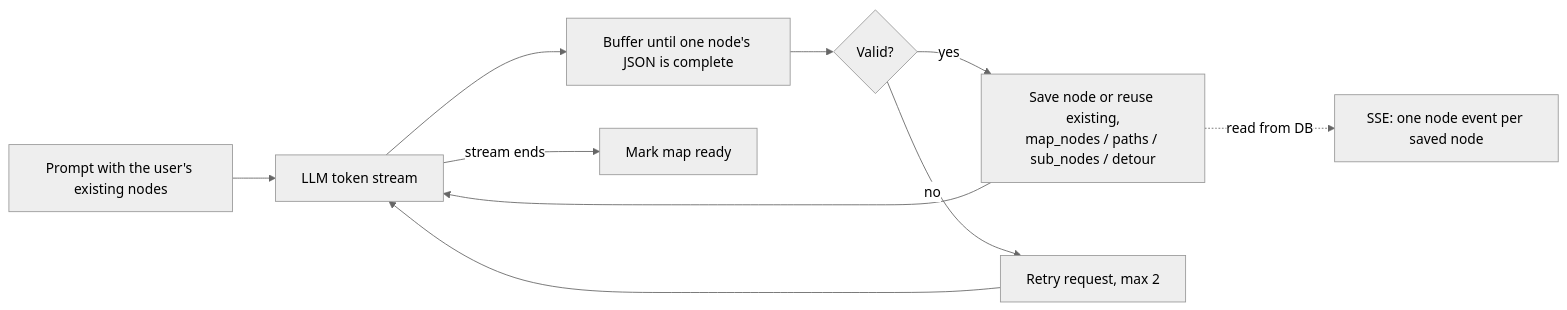
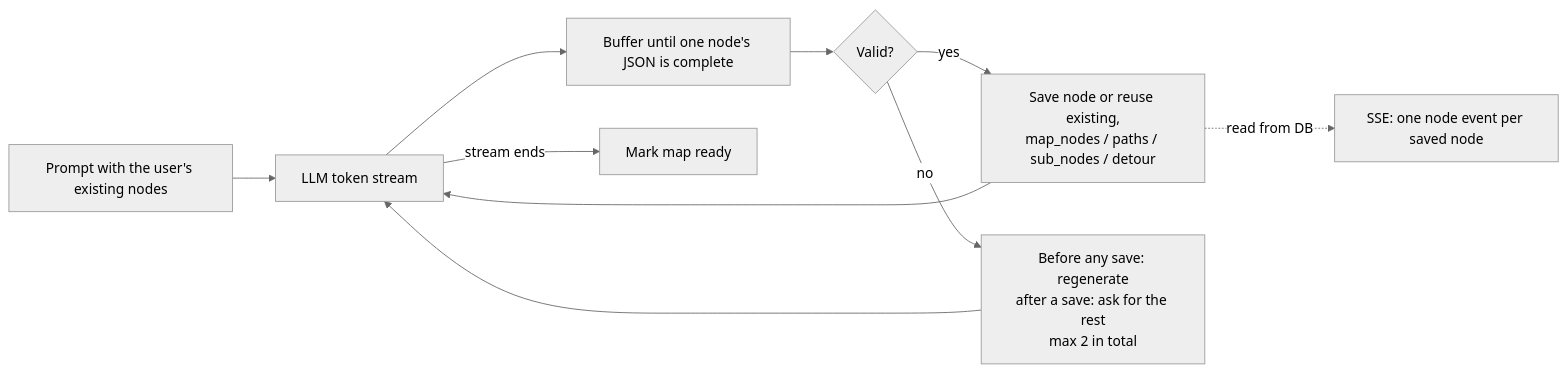
The second of 2 diagrams in .claude/rules/code/backend.md (ryuma-1/Campass), drawn with Mermaid (neutral theme) before and after one commit. The commit also changed other lines of this file and 3 other files, not shown here.

````diff
--- a/.claude/rules/code/backend.md
+++ b/.claude/rules/code/backend.md
@@ -41,11 +41,11 @@
 ```mermaid
 graph LR
     P[Prompt with the user's existing nodes] --> A[LLM token stream]
     A --> B[Buffer until one node's JSON is complete]
     B --> C{Valid?}
     C -->|yes| D[Save node or reuse existing,<br/>map_nodes / paths / sub_nodes / detour]
-    C -->|no| R[Retry request, max 2] --> A
+    C -->|no| R[Before any save: regenerate<br/>after a save: ask for the rest<br/>max 2 in total] --> A
     D --> A
     A -->|stream ends| G[Mark map ready]
     D -.->|read from DB| F[SSE: one node event per saved node]
 ```
````
